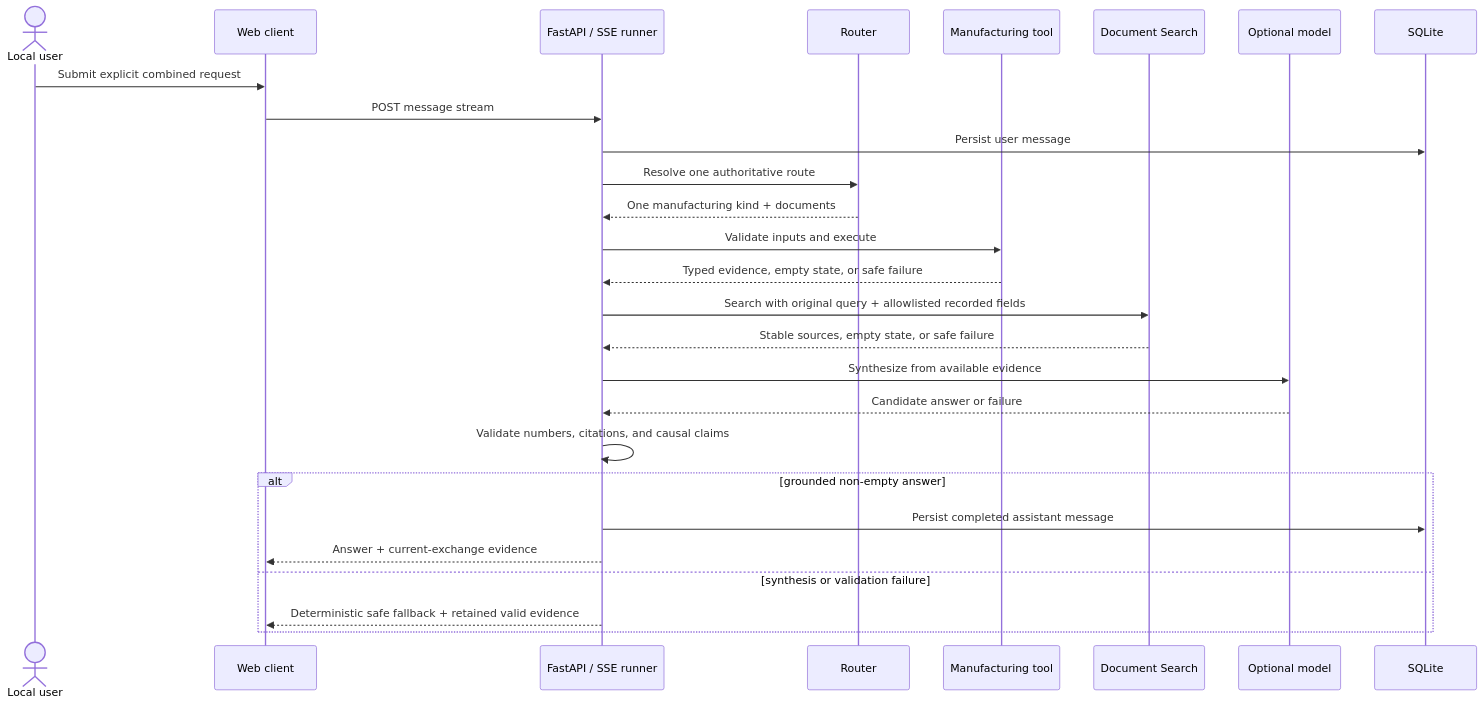
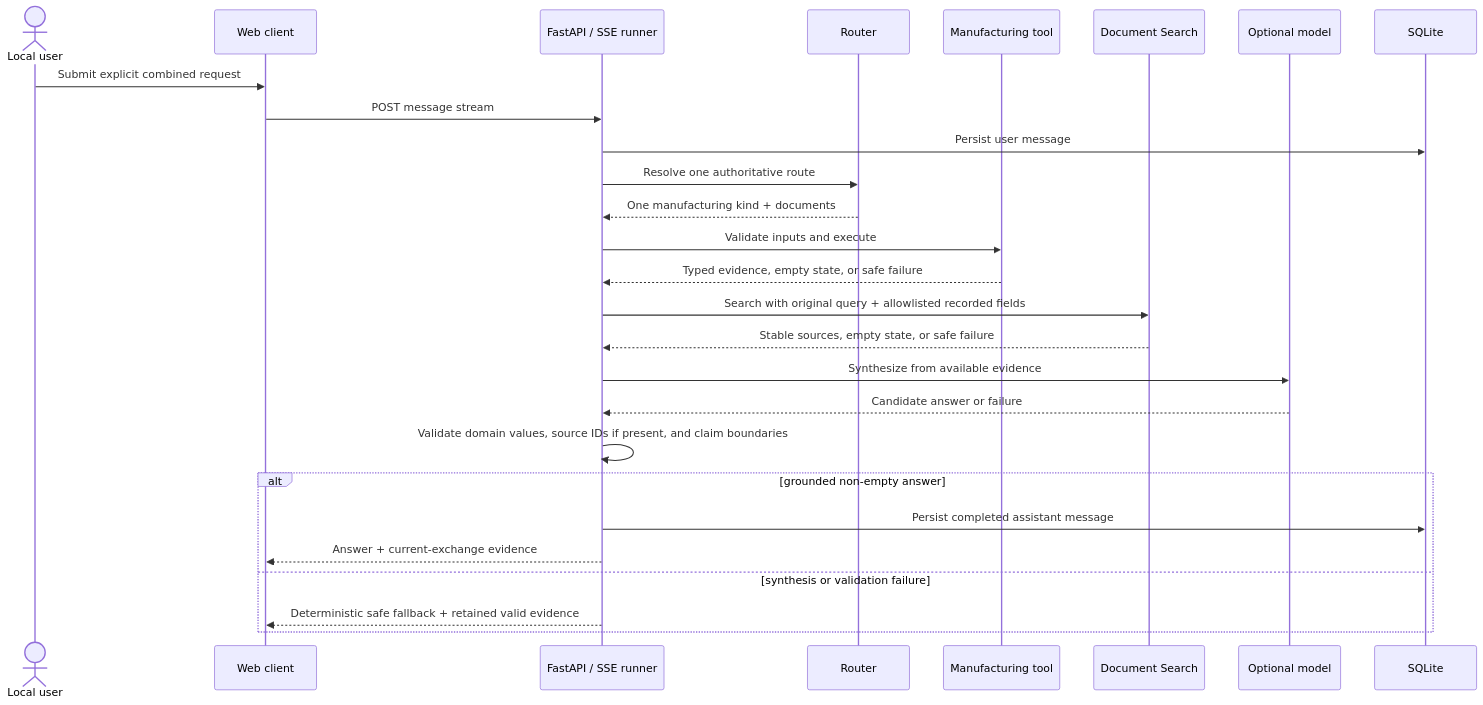
One commit to RocketWill/industrial-ai-agent changed the second of 2 diagrams in docs/architecture.md. Above: the diagram before and after it, drawn with Mermaid. The commit also changed 8 other files, not shown here.

````diff
--- a/docs/architecture.md
+++ b/docs/architecture.md
@@ -47,30 +47,30 @@
 ```mermaid
 sequenceDiagram
     actor U as Local user
     participant W as Web client
     participant A as FastAPI / SSE runner
     participant R as Router
     participant M as Manufacturing tool
     participant D as Document Search
     participant L as Optional model
     participant S as SQLite
 
     U->>W: Submit explicit combined request
     W->>A: POST message stream
     A->>S: Persist user message
     A->>R: Resolve one authoritative route
     R-->>A: One manufacturing kind + documents
     A->>M: Validate inputs and execute
     M-->>A: Typed evidence, empty state, or safe failure
     A->>D: Search with original query + allowlisted recorded fields
     D-->>A: Stable sources, empty state, or safe failure
     A->>L: Synthesize from available evidence
     L-->>A: Candidate answer or failure
-    A->>A: Validate numbers, citations, and causal claims
+    A->>A: Validate domain values, source IDs if present, and claim boundaries
     alt grounded non-empty answer
         A->>S: Persist completed assistant message
         A-->>W: Answer + current-exchange evidence
     else synthesis or validation failure
         A-->>W: Deterministic safe fallback + retained valid evidence
     end
 ```
````
